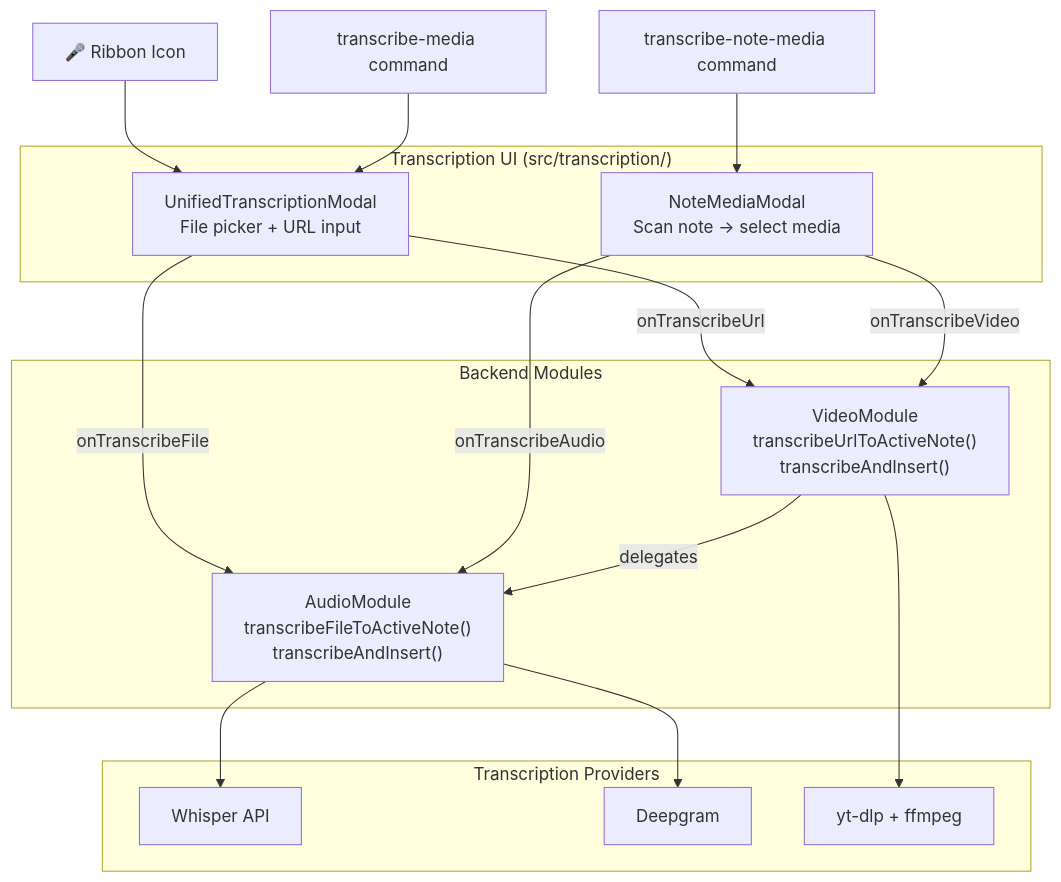
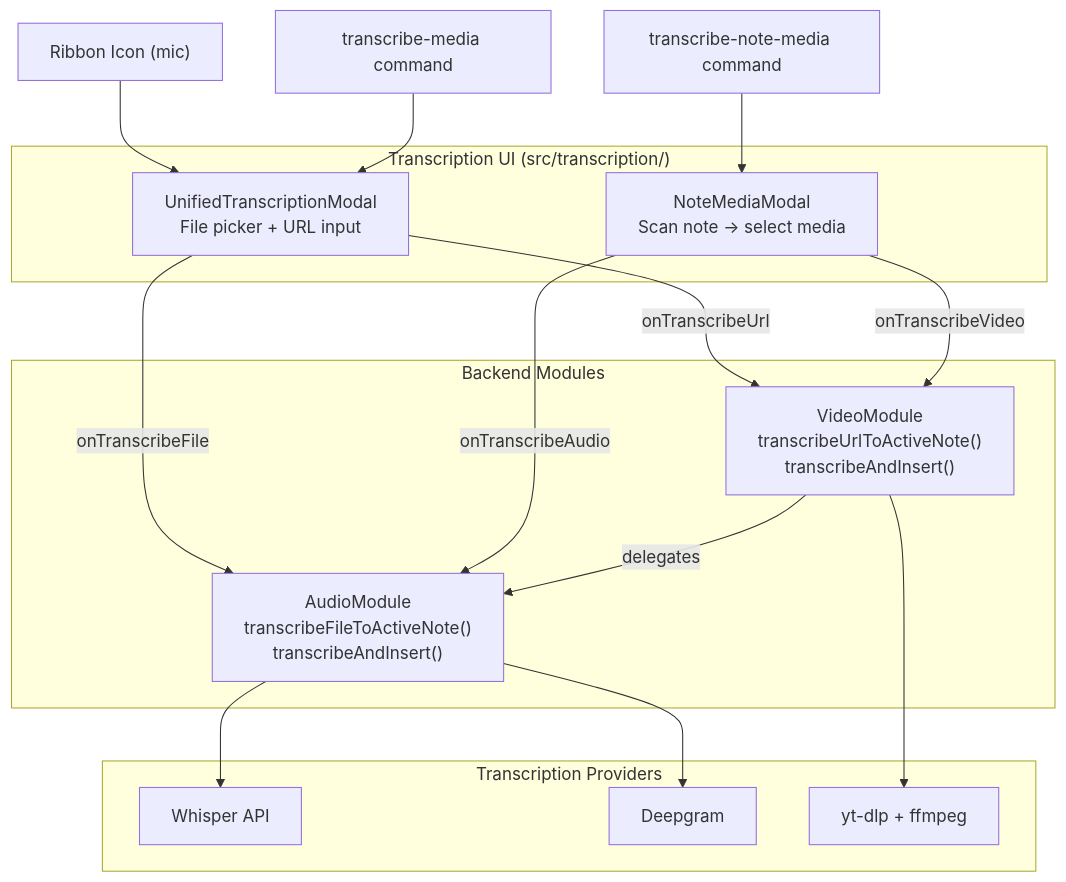
One commit to dustinkeeton/obsidian-synapse changed the fifth of 9 diagrams in ARCHITECTURE.md. Above: the diagram before and after it, drawn with Mermaid. The commit also changed other lines of this file and 104 other files, not shown here.

````diff
--- a/ARCHITECTURE.md
+++ b/ARCHITECTURE.md
@@ -219,32 +260,32 @@
 ```mermaid
 graph TB
     subgraph UI["Transcription UI (src/transcription/)"]
         UM["UnifiedTranscriptionModal<br/>File picker + URL input"]
         NM["NoteMediaModal<br/>Scan note → select media"]
     end
 
     subgraph Backend["Backend Modules"]
         Audio["AudioModule<br/>transcribeFileToActiveNote()<br/>transcribeAndInsert()"]
         Video["VideoModule<br/>transcribeUrlToActiveNote()<br/>transcribeAndInsert()"]
     end
 
     subgraph Providers["Transcription Providers"]
         Whisper["Whisper API"]
         Deepgram["Deepgram"]
         YtDlp["yt-dlp + ffmpeg"]
     end
 
-    Ribbon["🎤 Ribbon Icon"] --> UM
+    Ribbon["Ribbon Icon (mic)"] --> UM
     Cmd1["transcribe-media command"] --> UM
     Cmd2["transcribe-note-media command"] --> NM
 
     UM -->|onTranscribeFile| Audio
     UM -->|onTranscribeUrl| Video
     NM -->|onTranscribeAudio| Audio
     NM -->|onTranscribeVideo| Video
 
     Audio --> Whisper
     Audio --> Deepgram
     Video --> YtDlp
     Video -->|delegates| Audio
 ```
````
